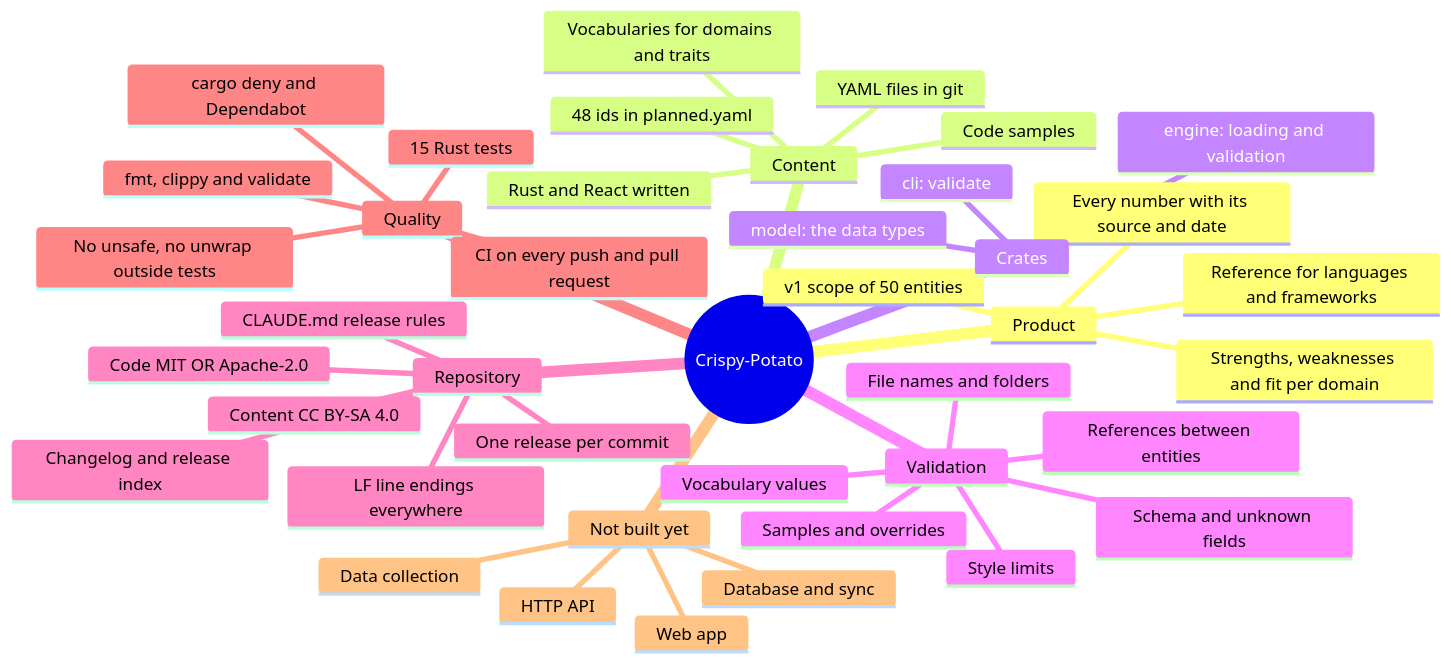
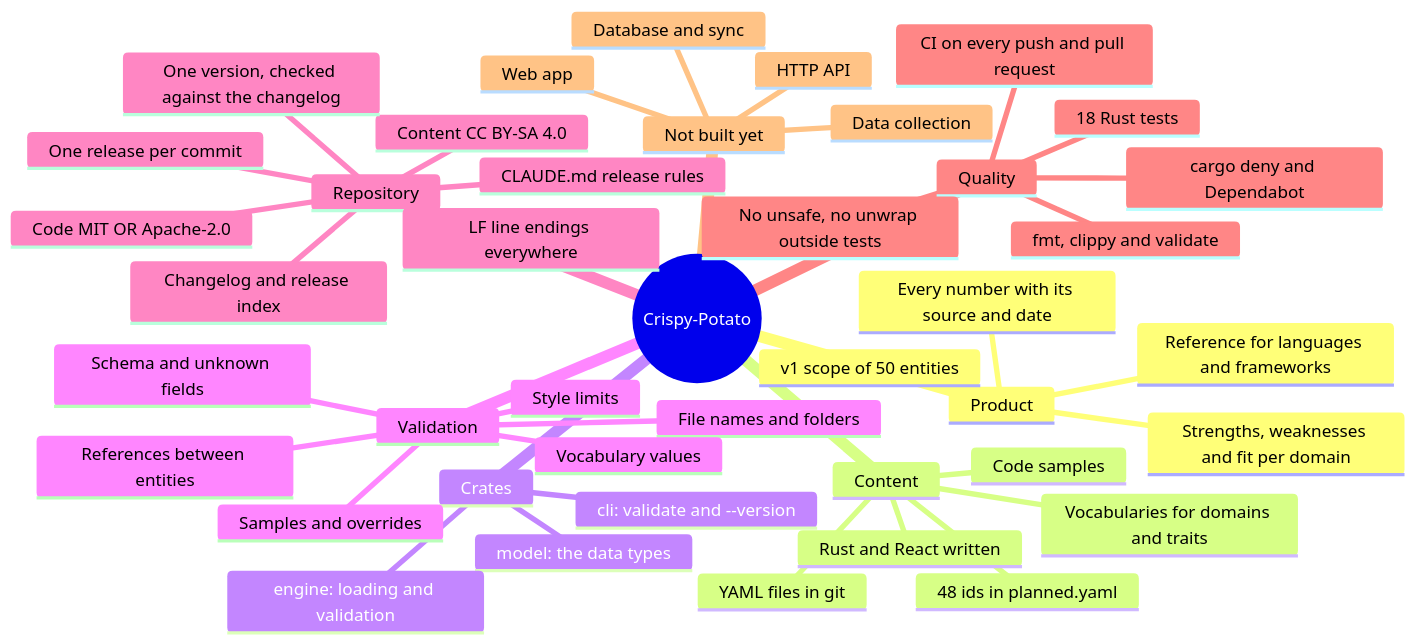
One commit to winksen/Crispy-Potato changed the first of 2 diagrams in docs/MINDMAP.md. Above: the diagram before and after it, drawn with Mermaid. The commit also changed other lines of this file and 10 other files, not shown here.

````diff
--- a/docs/MINDMAP.md
+++ b/docs/MINDMAP.md
@@ -11,44 +11,45 @@
 ```mermaid
 mindmap
   root((Crispy-Potato))
     Product
       Reference for languages and frameworks
       Strengths, weaknesses and fit per domain
       Every number with its source and date
       v1 scope of 50 entities
     Content
       YAML files in git
       Rust and React written
       48 ids in planned.yaml
       Vocabularies for domains and traits
       Code samples
     Crates
       model: the data types
       engine: loading and validation
-      cli: validate
+      cli: validate and --version
     Validation
       Schema and unknown fields
       File names and folders
       Vocabulary values
       References between entities
       Style limits
       Samples and overrides
     Repository
       Code MIT OR Apache-2.0
       Content CC BY-SA 4.0
       One release per commit
+      One version, checked against the changelog
       Changelog and release index
       CLAUDE.md release rules
       LF line endings everywhere
     Quality
-      15 Rust tests
+      18 Rust tests
       fmt, clippy and validate
       No unsafe, no unwrap outside tests
       CI on every push and pull request
       cargo deny and Dependabot
     Not built yet
       Database and sync
       Data collection
       HTTP API
       Web app
 ```
````
